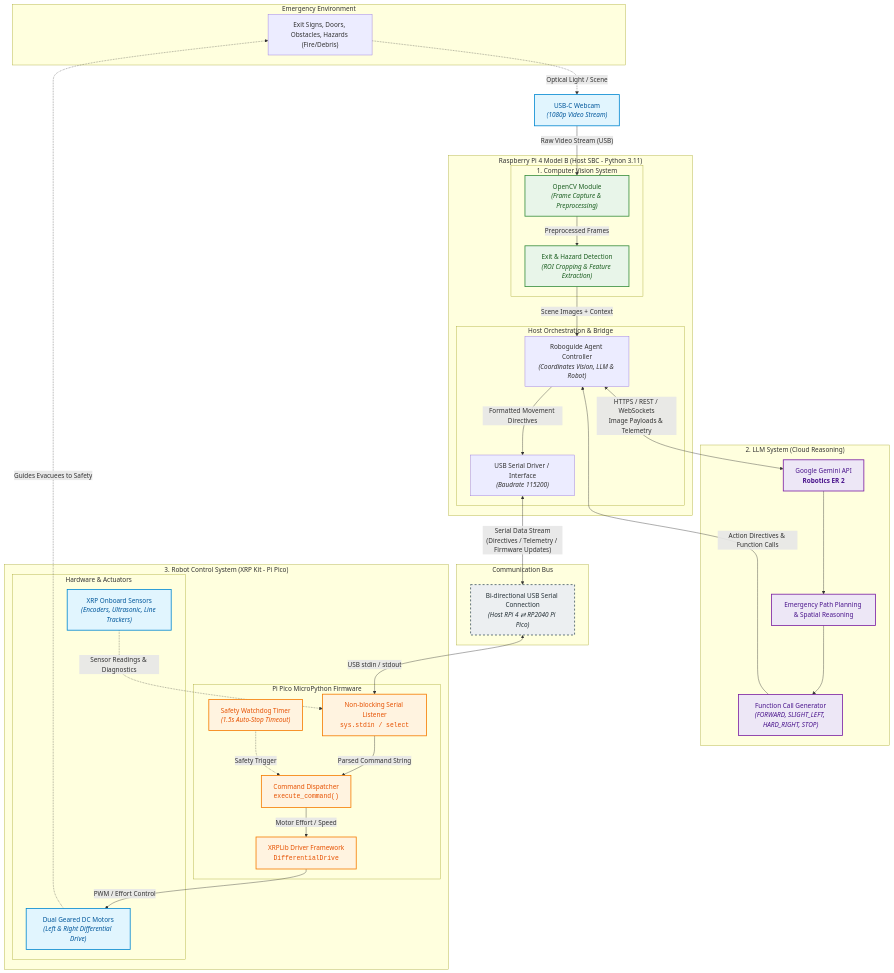
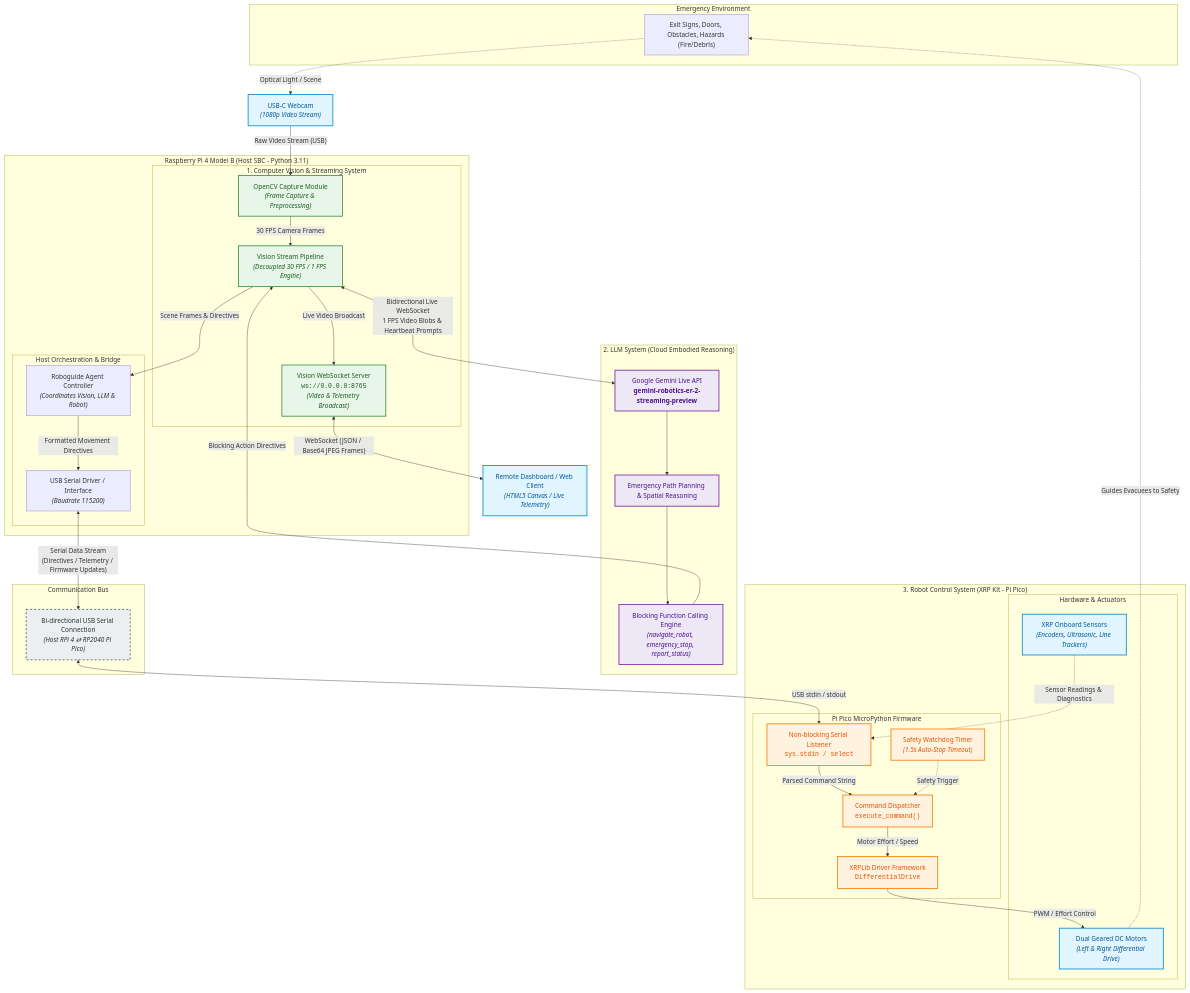
One commit to Rubey4112/robo-responder changed the diagram in roboguide.mmd. Above: the diagram before and after it, drawn with Mermaid. The commit also changed 8 other files, not shown here.

Commit message:
feat(vision): add WebSocket streaming server, stream pipeline, and Gemini integration with tests and documentation

```diff
--- a/roboguide.mmd
+++ b/roboguide.mmd
@@ -1,90 +1,98 @@
 flowchart TB
     %% -----------------------------------------------------------
     %% STYLING AND CONFIGURATION
     %% -----------------------------------------------------------
     classDef hardware fill:#e1f5fe,stroke:#0288d1,stroke-width:2px,color:#01579b;
     classDef vision fill:#e8f5e9,stroke:#388e3c,stroke-width:2px,color:#1b5e20;
     classDef cloud fill:#ede7f6,stroke:#7b1fa2,stroke-width:2px,color:#4a148c;
     classDef embedded fill:#fff3e0,stroke:#f57c00,stroke-width:2px,color:#e65100;
     classDef bus fill:#eceff1,stroke:#455a64,stroke-width:2px,stroke-dasharray: 5 5,color:#263238;
 
     %% -----------------------------------------------------------
     %% ENVIRONMENT & PERCEPTION INPUT
     %% -----------------------------------------------------------
     subgraph Env ["Emergency Environment"]
         PhysicalSpace["Exit Signs, Doors, Obstacles, Hazards (Fire/Debris)"]
     end
 
     Cam["USB-C Webcam<br/><i>(1080p Video Stream)</i>"]:::hardware
     PhysicalSpace -.->|"Optical Light / Scene"| Cam
 
     %% -----------------------------------------------------------
     %% RASPBERRY PI 4 HOST (EDGE COMPUTING)
     %% -----------------------------------------------------------
     subgraph RPi ["Raspberry Pi 4 Model B (Host SBC - Python 3.11)"]
-        subgraph CVSys ["1. Computer Vision System"]
-            OpenCVMod["OpenCV Module<br/><i>(Frame Capture & Preprocessing)</i>"]:::vision
-            ObstacleDetect["Exit & Hazard Detection<br/><i>(ROI Cropping & Feature Extraction)</i>"]:::vision
-            OpenCVMod -->|"Preprocessed Frames"| ObstacleDetect
+        subgraph CVSys ["1. Computer Vision & Streaming System"]
+            OpenCVMod["OpenCV Capture Module<br/><i>(Frame Capture & Preprocessing)</i>"]:::vision
+            StreamPipeline["Vision Stream Pipeline<br/><i>(Decoupled 30 FPS / 1 FPS Engine)</i>"]:::vision
+            WebSocketServer["Vision WebSocket Server<br/><code>ws://0.0.0.0:8765</code><br/><i>(Video & Telemetry Broadcast)</i>"]:::vision
+            OpenCVMod -->|"30 FPS Camera Frames"| StreamPipeline
+            StreamPipeline -->|"Live Video Broadcast"| WebSocketServer
         end
 
         subgraph HostAgent ["Host Orchestration & Bridge"]
             AgentLoop["Roboguide Agent Controller<br/><i>(Coordinates Vision, LLM & Robot)</i>"]
             SerialComm["USB Serial Driver / Interface<br/><i>(Baudrate 115200)</i>"]
             AgentLoop -->|"Formatted Movement Directives"| SerialComm
         end
     end
 
     Cam -->|"Raw Video Stream (USB)"| OpenCVMod
-    ObstacleDetect -->|"Scene Images + Context"| AgentLoop
+    StreamPipeline -->|"Scene Frames & Directives"| AgentLoop
 
     %% -----------------------------------------------------------
-    %% CLOUD INTELLIGENCE
+    %% REMOTE MONITORS & WEB DASHBOARD
     %% -----------------------------------------------------------
-    subgraph CloudSystem ["2. LLM System (Cloud Reasoning)"]
-        GeminiAPI["Google Gemini API<br/><b>Robotics ER 2</b>"]:::cloud
+    RemoteClient["Remote Dashboard / Web Client<br/><i>(HTML5 Canvas / Live Telemetry)</i>"]:::hardware
+    WebSocketServer <-->|"WebSocket (JSON / Base64 JPEG Frames)"| RemoteClient
+
+    %% -----------------------------------------------------------
+    %% CLOUD INTELLIGENCE (GEMINI ROBOTICS ER-2 LIVE API)
+    %% -----------------------------------------------------------
+    subgraph CloudSystem ["2. LLM System (Cloud Embodied Reasoning)"]
+        GeminiAPI["Google Gemini Live API<br/><b>gemini-robotics-er-2-streaming-preview</b>"]:::cloud
         PathPlanner["Emergency Path Planning & Spatial Reasoning"]:::cloud
-        FunctionCallEngine["Function Call Generator<br/><i>(FORWARD, SLIGHT_LEFT, HARD_RIGHT, STOP)</i>"]:::cloud
+        FunctionCallEngine["Blocking Function Calling Engine<br/><i>(navigate_robot, emergency_stop, report_status)</i>"]:::cloud
 
         GeminiAPI --> PathPlanner
         PathPlanner --> FunctionCallEngine
     end
 
-    AgentLoop <-->|"HTTPS / REST / WebSockets<br/>Image Payloads & Telemetry"| GeminiAPI
-    FunctionCallEngine -->|"Action Directives & Function Calls"| AgentLoop
+    StreamPipeline <-->|"Bidirectional Live WebSocket<br/>1 FPS Video Blobs & Heartbeat Prompts"| GeminiAPI
+    FunctionCallEngine -->|"Blocking Action Directives"| StreamPipeline
 
     %% -----------------------------------------------------------
     %% COMMUNICATION BUS
     %% -----------------------------------------------------------
     subgraph CommBus ["Communication Bus"]
         USBSerial["Bi-directional USB Serial Connection<br/><i>(Host RPi 4 ⇄ RP2040 Pi Pico)</i>"]:::bus
     end
 
     SerialComm <-->|"Serial Data Stream<br/>(Directives / Telemetry / Firmware Updates)"| USBSerial
 
     %% -----------------------------------------------------------
     %% ROBOT CONTROL SYSTEM (XRP ROBOTICS KIT)
     %% -----------------------------------------------------------
     subgraph RobotSystem ["3. Robot Control System (XRP Kit - Pi Pico)"]
         subgraph Firmware ["Pi Pico MicroPython Firmware"]
             SerialListener["Non-blocking Serial Listener<br/><code>sys.stdin / select</code>"]:::embedded
             Watchdog["Safety Watchdog Timer<br/><i>(1.5s Auto-Stop Timeout)</i>"]:::embedded
             CommandExec["Command Dispatcher<br/><code>execute_command()</code>"]:::embedded
             XRPLibCore["XRPLib Driver Framework<br/><code>DifferentialDrive</code>"]:::embedded
 
             SerialListener -->|"Parsed Command String"| CommandExec
             Watchdog -.->|"Safety Trigger"| CommandExec
             CommandExec -->|"Motor Effort / Speed"| XRPLibCore
         end
 
         subgraph HardwareActuators ["Hardware & Actuators"]
             Motors["Dual Geared DC Motors<br/><i>(Left & Right Differential Drive)</i>"]:::hardware
             Sensors["XRP Onboard Sensors<br/><i>(Encoders, Ultrasonic, Line Trackers)</i>"]:::hardware
         end
 
         XRPLibCore -->|"PWM / Effort Control"| Motors
         Sensors -.->|"Sensor Readings & Diagnostics"| SerialListener
     end
 
     USBSerial <-->|"USB stdin / stdout"| SerialListener
     Motors -.->|"Guides Evacuees to Safety"| PhysicalSpace
```
